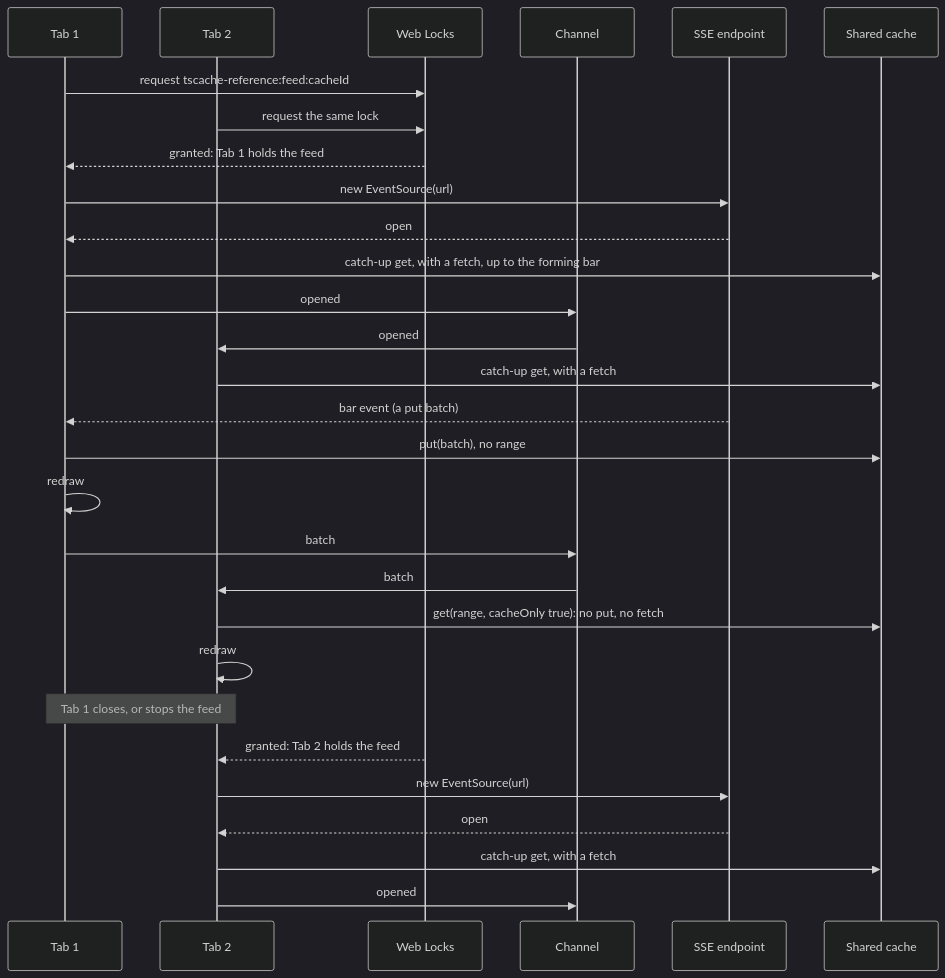
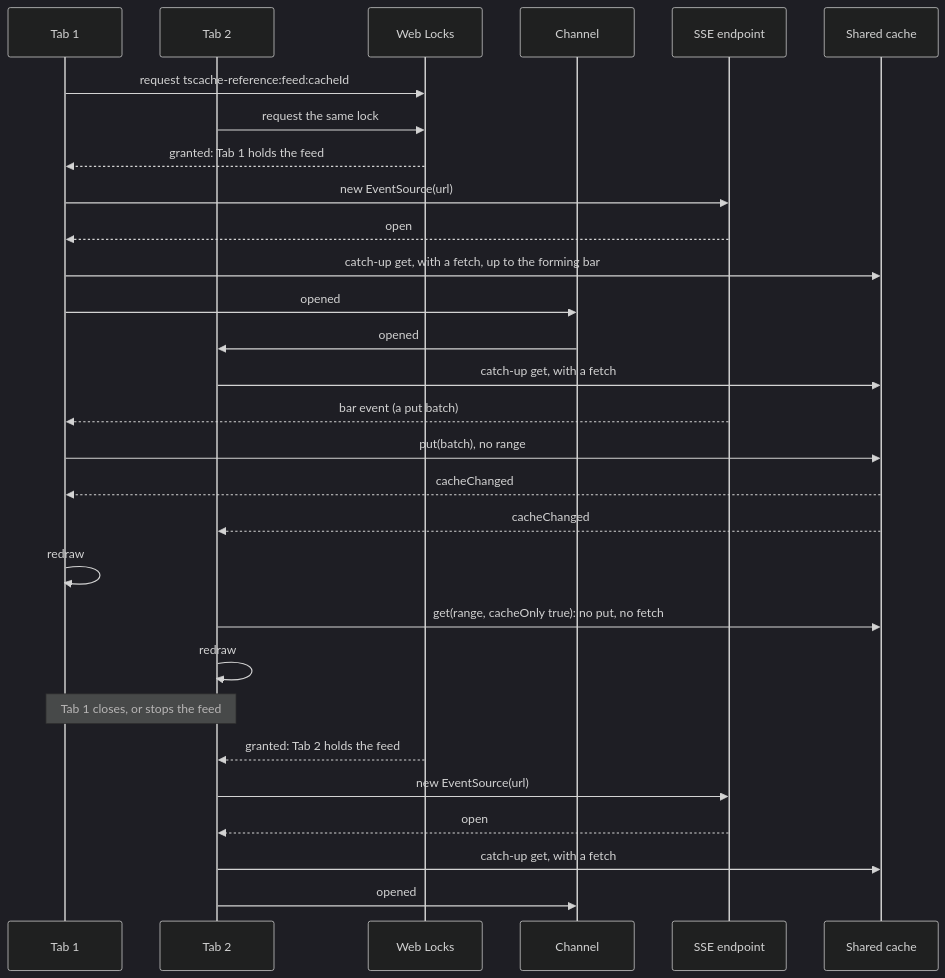
The diagram in site/how-it-works/live-feeds.md (anishbenji/tscache), drawn with Mermaid (dark theme) before and after one commit. The commit also changed other lines of this file and 8 other files, not shown here.

````diff
--- a/site/how-it-works/live-feeds.md
+++ b/site/how-it-works/live-feeds.md
@@ -10,31 +10,31 @@
 ```mermaid
 sequenceDiagram
   participant T1 as Tab 1
   participant T2 as Tab 2
   participant L as Web Locks
   participant C as Channel
   participant X as SSE endpoint
   participant W as Shared cache
   T1->>L: request tscache-reference:feed:cacheId
   T2->>L: request the same lock
   L-->>T1: granted: Tab 1 holds the feed
   T1->>X: new EventSource(url)
   X-->>T1: open
   T1->>W: catch-up get, with a fetch, up to the forming bar
   T1->>C: opened
   C->>T2: opened
   T2->>W: catch-up get, with a fetch
   X-->>T1: bar event (a put batch)
   T1->>W: put(batch), no range
+  W-->>T1: cacheChanged
+  W-->>T2: cacheChanged
   T1->>T1: redraw
-  T1->>C: batch
-  C->>T2: batch
   T2->>W: get(range, cacheOnly true): no put, no fetch
   T2->>T2: redraw
   Note over T1,T2: Tab 1 closes, or stops the feed
   L-->>T2: granted: Tab 2 holds the feed
   T2->>X: new EventSource(url)
   X-->>T2: open
   T2->>W: catch-up get, with a fetch
   T2->>C: opened
 ```
````
